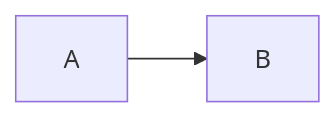
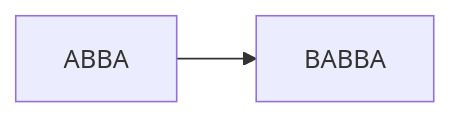
One commit to karilint/mammalbase changed the diagram in documentation/imports.md. Above: the diagram before and after it, drawn with Mermaid.

````diff
--- a/documentation/imports.md
+++ b/documentation/imports.md
@@ -22,4 +22,4 @@
 ```mermaid
 flowchart LR;
-  A-->B
+  ABBA-->BABBA
 ```
````
